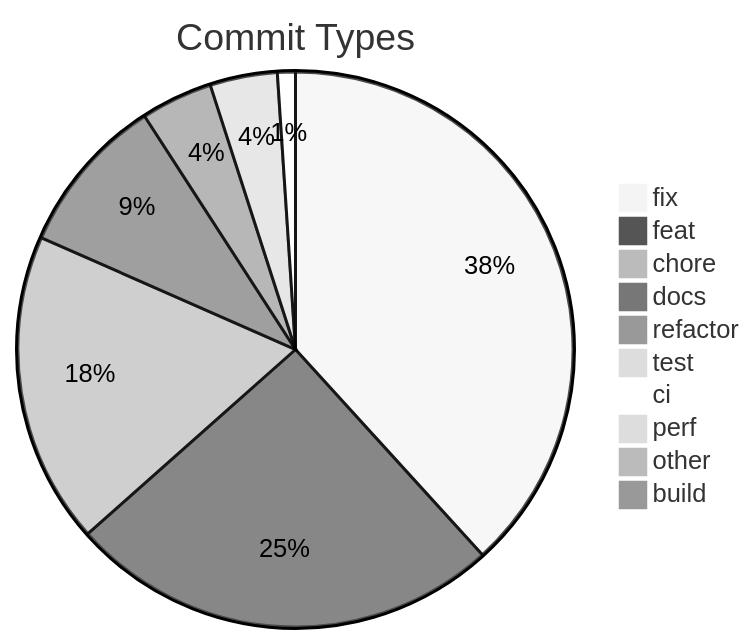
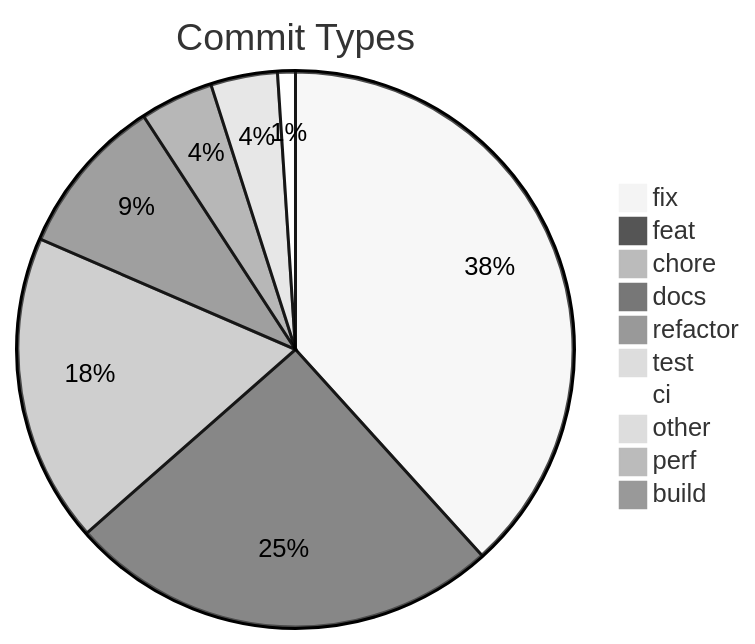
Before and after one commit to svenroth-ai/shipwright-webui: the diagram in .shipwright/compliance/change-history.md, drawn with Mermaid (neutral theme). The commit also changed other lines of this file and 79 other files, not shown here.

````diff
--- a/.shipwright/compliance/change-history.md
+++ b/.shipwright/compliance/change-history.md
@@ -10,13 +10,13 @@
 ```mermaid
 pie title Commit Types
-    "fix" : 293
-    "feat" : 193
+    "fix" : 296
+    "feat" : 195
     "chore" : 139
-    "docs" : 71
-    "refactor" : 32
+    "docs" : 72
+    "refactor" : 33
     "test" : 30
     "ci" : 8
+    "other" : 5
     "perf" : 5
-    "other" : 4
     "build" : 1
 ```
````
